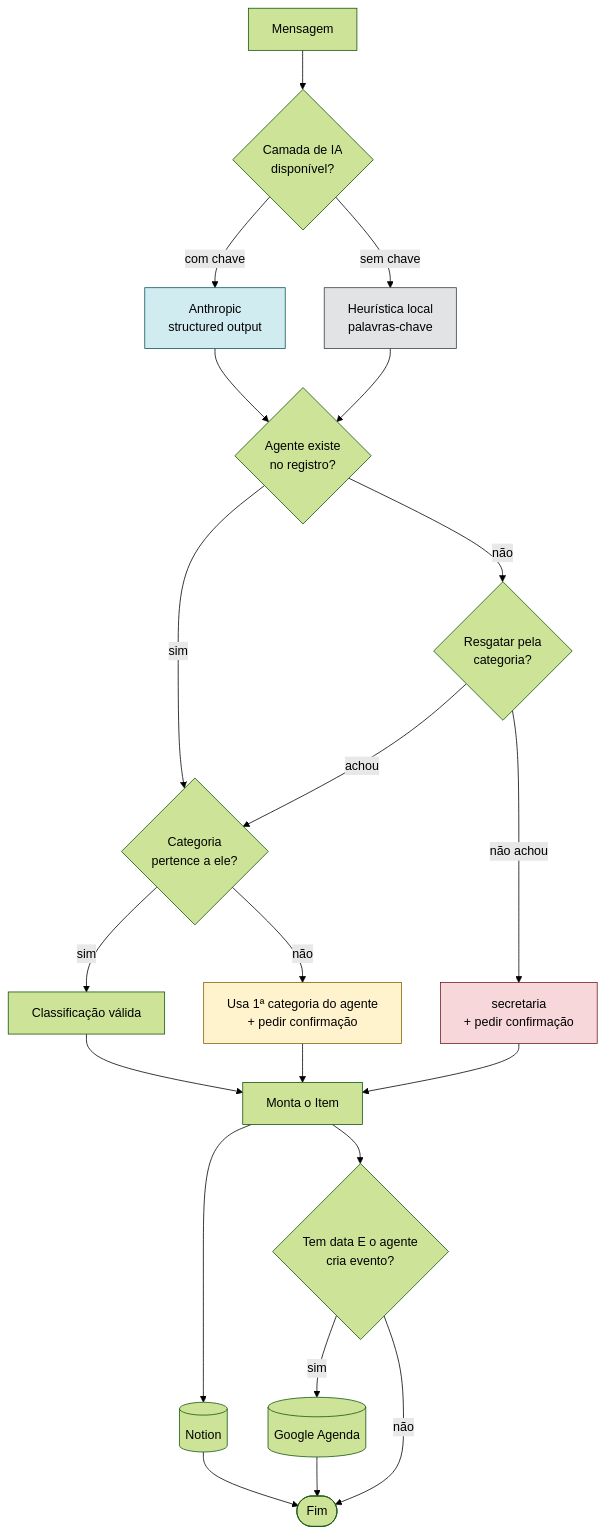
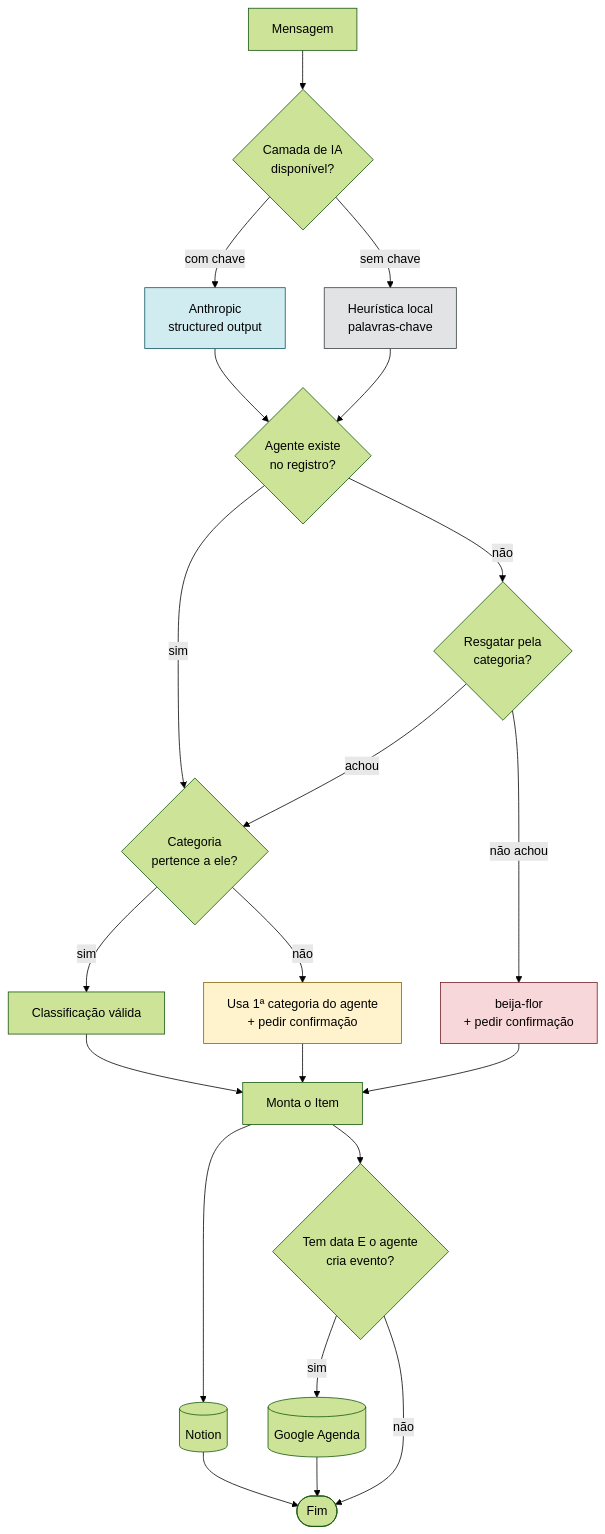
The third of 7 diagrams in docs/fluxo.md (brunarezerdev/sabia-organizacao-pessoal), drawn with Mermaid (forest theme) before and after one commit. The commit also changed other lines of this file and 30 other files, not shown here.

````diff
--- a/docs/fluxo.md
+++ b/docs/fluxo.md
@@ -84,34 +84,34 @@
 ```mermaid
 flowchart TD
     M[Mensagem] --> IA{Camada de IA<br/>disponível?}
     IA -->|com chave| ANT[Anthropic<br/>structured output]
     IA -->|sem chave| HEU[Heurística local<br/>palavras-chave]
 
     ANT --> VAL{Agente existe<br/>no registro?}
     HEU --> VAL
 
     VAL -->|sim| CAT{Categoria<br/>pertence a ele?}
     VAL -->|não| RESG{Resgatar pela<br/>categoria?}
 
     RESG -->|achou| CAT
-    RESG -->|não achou| PAD[secretaria<br/>+ pedir confirmação]
+    RESG -->|não achou| PAD[beija-flor<br/>+ pedir confirmação]
 
     CAT -->|sim| OK[Classificação válida]
     CAT -->|não| AJU[Usa 1ª categoria do agente<br/>+ pedir confirmação]
 
     PAD --> ITEM
     AJU --> ITEM
     OK --> ITEM[Monta o Item]
 
     ITEM --> NOT[(Notion)]
     ITEM --> EV{Tem data E o agente<br/>cria evento?}
     EV -->|sim| GC[(Google Agenda)]
     EV -->|não| FIM([Fim])
     NOT --> FIM
     GC --> FIM
 
     style ANT fill:#d1ecf1,stroke:#0c5460
     style HEU fill:#e2e3e5,stroke:#383d41
     style PAD fill:#f8d7da,stroke:#721c24
     style AJU fill:#fff3cd,stroke:#856404
 ```
````
